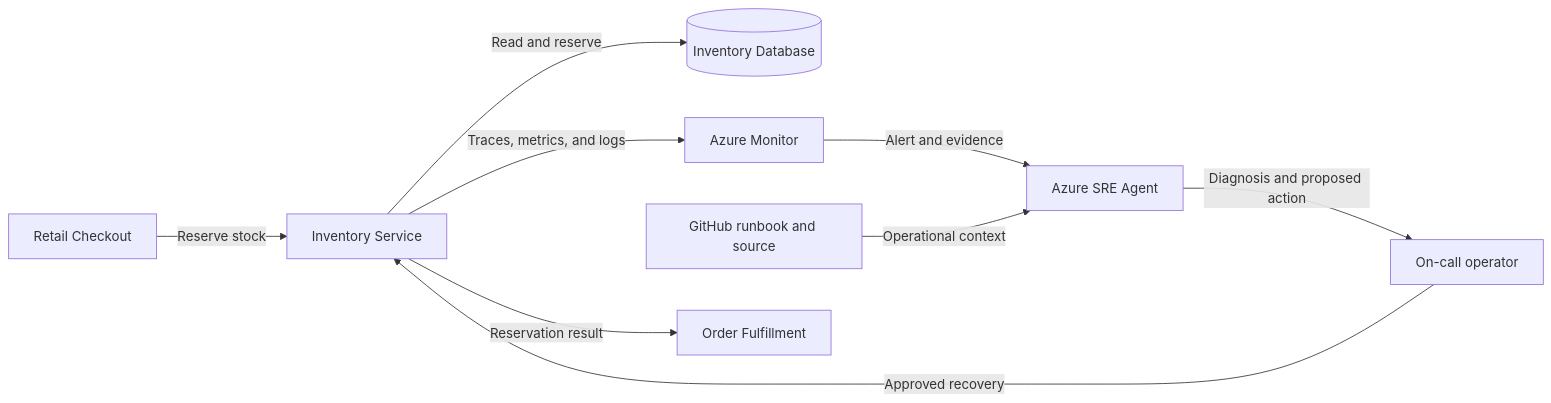
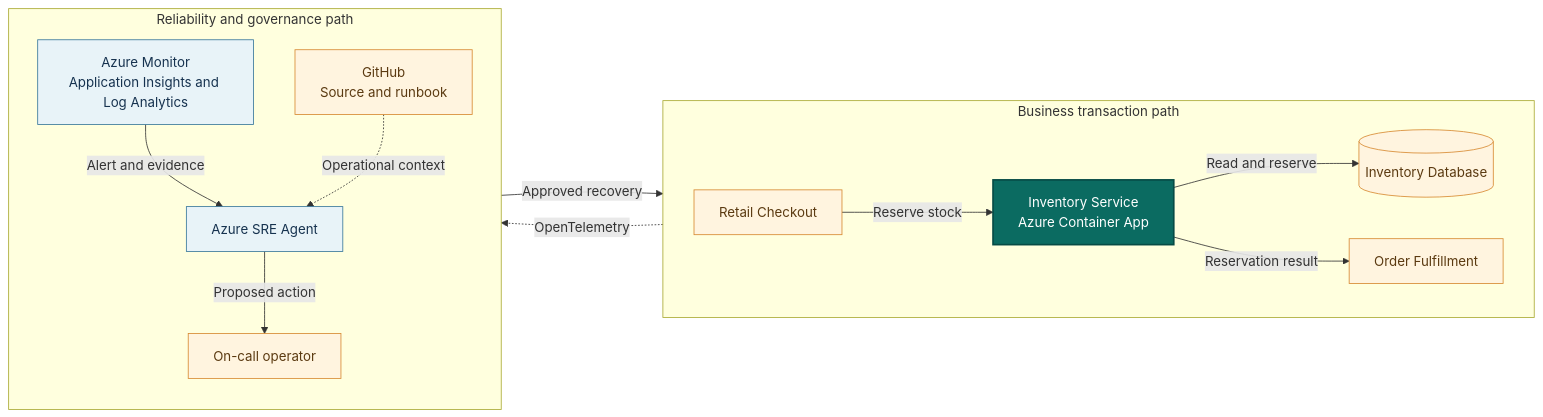
Before and after one commit to KrishnaDistributedcomputing/SREAgentEnterpriseShowcase: the diagram in runbooks/inventory-service.md, drawn with Mermaid. The commit also changed other lines of this file and 14 other files, not shown here.

First line of the commit message:
docs(docs): refine system context diagrams

````diff
--- a/runbooks/inventory-service.md
+++ b/runbooks/inventory-service.md
@@ -34,11 +34,34 @@
 ```mermaid
 flowchart LR
-    Checkout[Retail Checkout] -->|Reserve stock| App[Inventory Service]
-    App -->|Read and reserve| Dependency[(Inventory Database)]
-    App -->|Traces, metrics, and logs| Monitor[Azure Monitor]
-    Monitor -->|Alert and evidence| Agent[Azure SRE Agent]
-    Runbook[GitHub runbook and source] -->|Operational context| Agent
-    Agent -->|Diagnosis and proposed action| Operator[On-call operator]
-    Operator -->|Approved recovery| App
-    App -->|Reservation result| Fulfillment[Order Fulfillment]
+    subgraph Business["Business transaction path"]
+        direction LR
+        Checkout["Retail Checkout"]
+        App["Inventory Service<br/>Azure Container App"]
+        Database[("Inventory Database")]
+        Fulfillment["Order Fulfillment"]
+        Checkout -->|"Reserve stock"| App
+        App -->|"Read and reserve"| Database
+        App -->|"Reservation result"| Fulfillment
+    end
+
+    subgraph Operations["Reliability and governance path"]
+        direction TB
+        Monitor["Azure Monitor<br/>Application Insights and Log Analytics"]
+        Agent["Azure SRE Agent"]
+        Operator["On-call operator"]
+        Repository["GitHub<br/>Source and runbook"]
+        Monitor -->|"Alert and evidence"| Agent
+        Repository -.->|"Operational context"| Agent
+        Agent -->|"Proposed action"| Operator
+    end
+
+    App -.->|"OpenTelemetry"| Monitor
+    Operator -->|"Approved recovery"| App
+
+    classDef application fill:#0b6b61,color:#ffffff,stroke:#064b45,stroke-width:2px
+    classDef azure fill:#e8f3f8,color:#16324f,stroke:#39789b
+    classDef external fill:#fff4df,color:#5b3a11,stroke:#d78a32
+    class App application
+    class Monitor,Agent azure
+    class Checkout,Database,Fulfillment,Operator,Repository external
 ```
````
